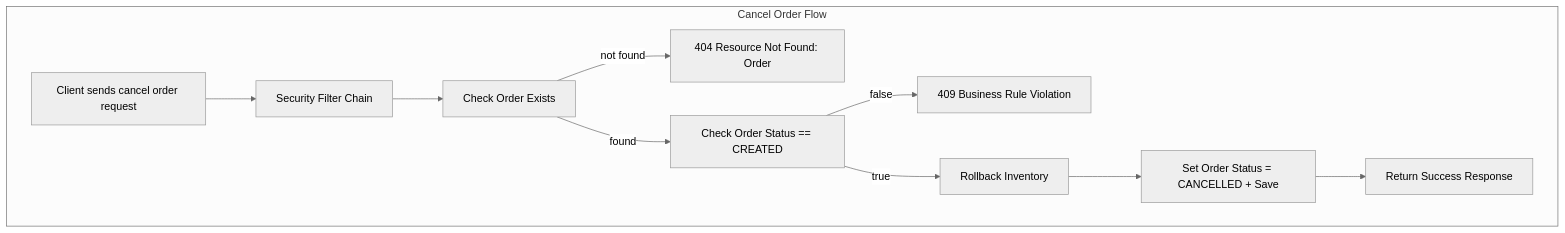
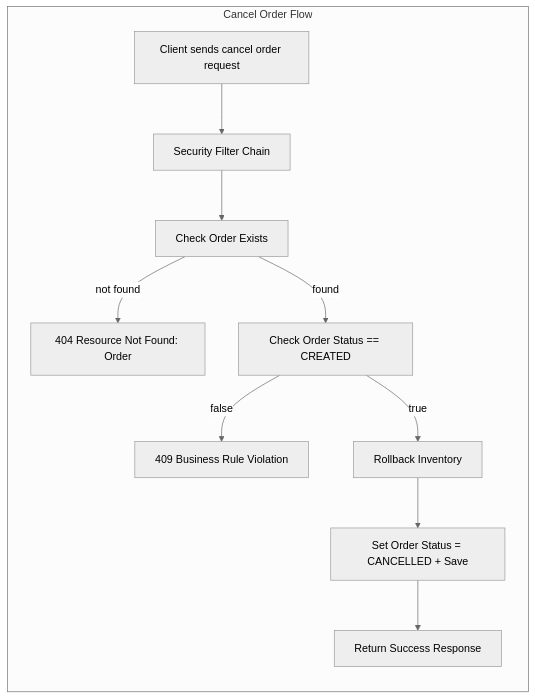
One commit to ahmedelsherif-osama/publisher-erp changed the second of 4 diagrams in src/docs/orderflow.md. Above: the diagram before and after it, drawn with Mermaid (neutral theme). The commit also changed other lines of this file, not shown here.

Commit message:
docs(Order): change orientation for internal flow diagrams to vertical

````diff
--- a/src/docs/orderflow.md
+++ b/src/docs/orderflow.md
@@ -37,13 +37,13 @@
 ```mermaid
-graph TB;
+graph RL;
     subgraph "Cancel Order Flow"
         L[Client sends cancel order request] --> M[Security Filter Chain]
         M --> N[Check Order Exists]
         N -->|not found| O[404 Resource Not Found: Order]
         N -->|found| P[Check Order Status == CREATED]
         P -->|false| Q[409 Business Rule Violation]
         P -->|true| R[Rollback Inventory]
         R --> S[Set Order Status = CANCELLED + Save]
         S --> T[Return Success Response]
     end
 ```
````
